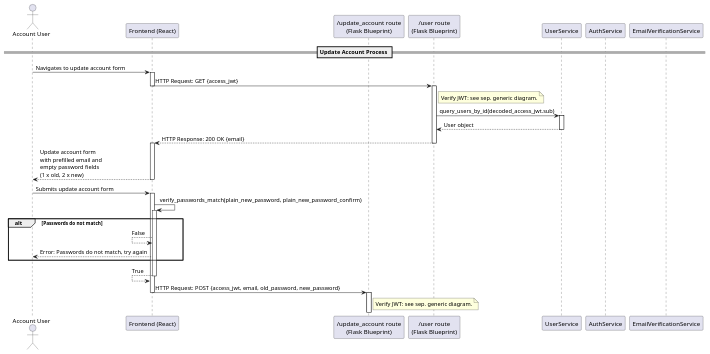
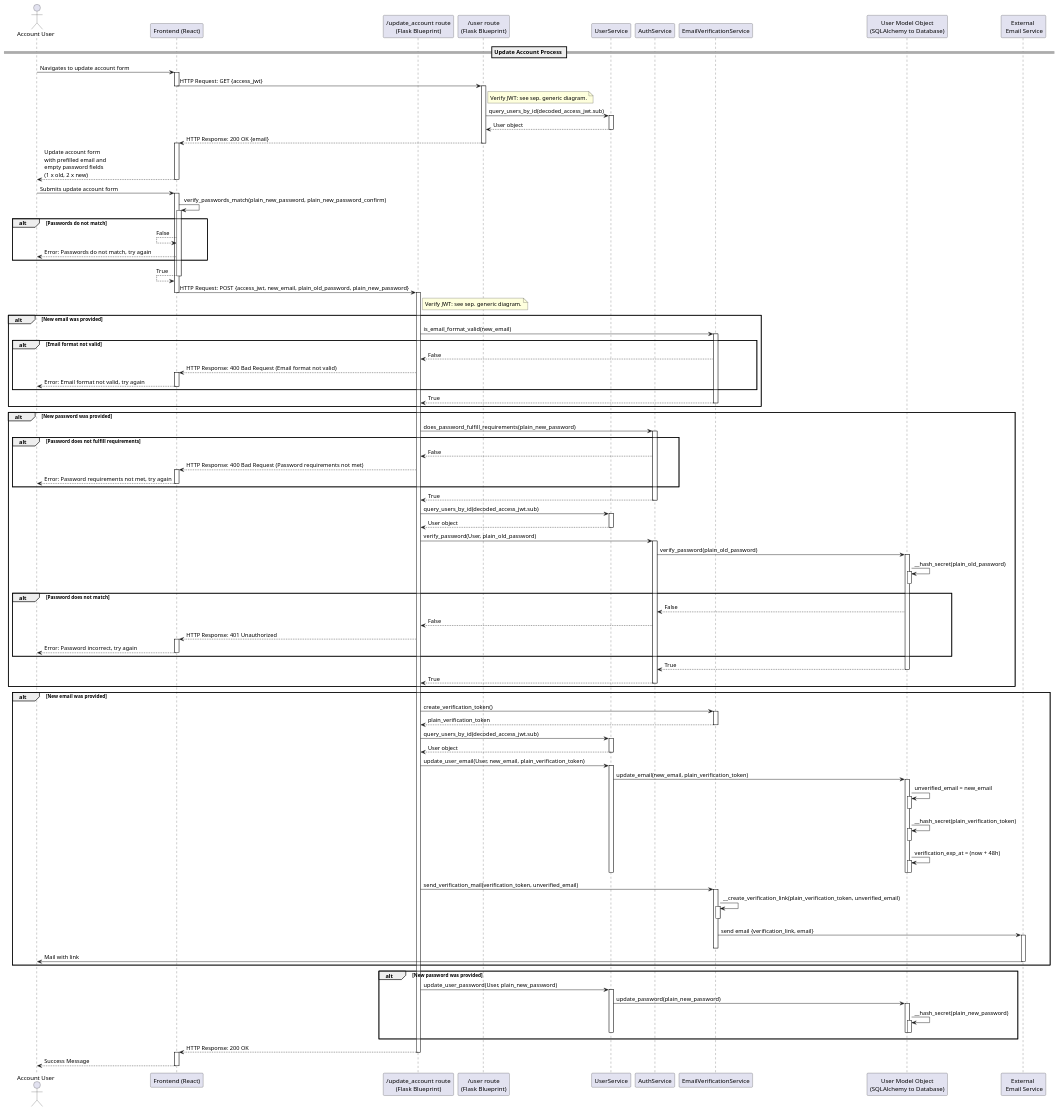
Before and after one commit to dominikoetiker/TheMentalLoadHub: the diagram in docs/src/diagrams/uml/sequence/account_management/update_account.puml, drawn with PlantUML. The commit also changed 8 other files, not shown here.

Commit message:
Enhance account update process with email verification and password validation

```diff
--- a/docs/src/diagrams/uml/sequence/account_management/update_account.puml
+++ b/docs/src/diagrams/uml/sequence/account_management/update_account.puml
@@ -1,41 +1,142 @@
 @startuml UpdateAccountSequence
 actor "Account User" as User
 participant "Frontend (React)" as FE
 participant "/update_account route\n(Flask Blueprint)" as UPR
 participant "/user route\n(Flask Blueprint)" as USR
 participant "UserService" as US
 participant "AuthService" as AS
 participant "EmailVerificationService" as ES
+participant "User Model Object\n(SQLAlchemy to Database)" as UM
+participant "External \n Email Service" as Mail
 
 == Update Account Process ==
 User -> FE: Navigates to update account form
 activate FE
 FE -> USR: HTTP Request: GET {access_jwt}
 deactivate FE
 activate USR
 note right of USR: Verify JWT: see sep. generic diagram.
 USR -> US: query_users_by_id(decoded_access_jwt.sub)
 activate US
 USR <-- US: User object
 deactivate US
 FE <-- USR: HTTP Response: 200 OK {email}
 deactivate USR
 activate FE
 User <-- FE: Update account form\nwith prefilled email and\nempty password fields\n(1 x old, 2 x new)
 deactivate FE
 User -> FE: Submits update account form
 activate FE
 FE -> FE: verify_passwords_match(plain_new_password, plain_new_password_confirm)
 activate FE
 alt Passwords do not match
     FE <-- FE : False
     User <-- FE : Error: Passwords do not match, try again
 end
 FE <-- FE : True
 deactivate FE
-FE -> UPR: HTTP Request: POST {access_jwt, email, old_password, new_password}
+FE -> UPR: HTTP Request: POST {access_jwt, new_email, plain_old_password, plain_new_password}
 deactivate FE
 activate UPR
 note right of UPR: Verify JWT: see sep. generic diagram.
-
+alt New email was provided
+    UPR -> ES : is_email_format_valid(new_email)
+    activate ES
+    alt Email format not valid
+        UPR <-- ES : False
+        FE <-- UPR : HTTP Response: 400 Bad Request (Email format not valid)
+        activate FE
+        User <-- FE : Error: Email format not valid, try again
+        deactivate FE
+    end
+    UPR <-- ES : True
+    deactivate ES
+end
+alt New password was provided
+    UPR -> AS : does_password_fulfill_requirements(plain_new_password)
+    activate AS
+    alt Password does not fulfill requirements
+        UPR <-- AS : False
+        FE <-- UPR : HTTP Response: 400 Bad Request (Password requirements not met)
+        activate FE
+        User <-- FE : Error: Password requirements not met, try again
+        deactivate FE
+    end
+    UPR <-- AS : True
+    deactivate AS
+    UPR -> US : query_users_by_id(decoded_access_jwt.sub)
+    activate US
+    UPR <-- US : User object
+    deactivate US
+    UPR -> AS : verify_password(User, plain_old_password)
+    activate AS
+    AS -> UM : verify_password(plain_old_password)
+    activate UM
+    UM -> UM : __hash_secret(plain_old_password)
+    activate UM
+    deactivate UM
+    alt Password does not match
+        AS <-- UM : False
+        UPR <-- AS : False
+        FE <-- UPR : HTTP Response: 401 Unauthorized
+        activate FE
+        User <-- FE : Error: Password incorrect, try again
+        deactivate FE
+    end
+    AS <-- UM : True
+    deactivate UM
+    UPR <-- AS : True
+    deactivate AS
+end
+alt New email was provided
+    UPR -> ES : create_verification_token()
+    activate ES
+    UPR <-- ES : plain_verification_token
+    deactivate ES
+    UPR -> US : query_users_by_id(decoded_access_jwt.sub)
+    activate US
+    UPR <-- US : User object
+    deactivate US
+    UPR -> US : update_user_email(User, new_email, plain_verification_token)
+    activate US
+    US -> UM : update_email(new_email, plain_verification_token)
+    activate UM
+    UM -> UM : unverified_email = new_email
+    activate UM
+    deactivate UM
+    UM -> UM : __hash_secret(plain_verification_token)
+    activate UM
+    deactivate UM
+    UM -> UM : verification_exp_at = (now + 48h)
+    activate UM
+    deactivate UM
+    deactivate UM
+    deactivate US
+    UPR -> ES : send_verification_mail(verification_token, unverified_email)
+    activate ES
+    ES -> ES : __create_verification_link(plain_verification_token, unverified_email)
+    activate ES
+    deactivate ES
+    ES -> Mail : send email {verification_link, email}
+    activate Mail
+    deactivate ES
+    User <- Mail : Mail with link
+    deactivate Mail
+end
+alt New password was provided
+    UPR -> US : update_user_password(User, plain_new_password)
+    activate US
+    US -> UM : update_password(plain_new_password)
+    activate UM
+    UM -> UM : __hash_secret(plain_new_password)
+    activate UM
+    deactivate UM
+    deactivate UM
+    deactivate US
+end
+FE <-- UPR: HTTP Response: 200 OK
+deactivate UPR
+activate FE
+User <-- FE: Success Message
+deactivate FE
 @enduml
```
